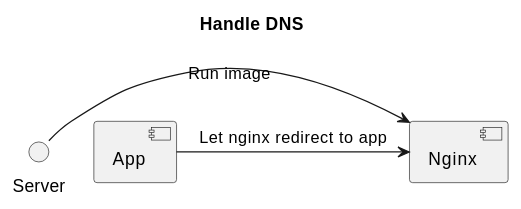
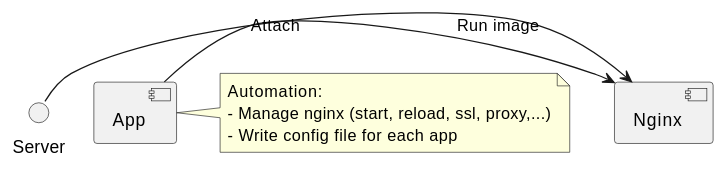
The fifth of 5 diagrams in README.md (midujs/demo-deploy-app), drawn with PlantUML before and after one commit. The commit also changed other lines of this file, not shown here.

Commit message:
Update uml

````diff
--- a/README.md
+++ b/README.md
@@ -79,8 +83,12 @@
 ```plantuml
 @startuml
-title Handle DNS
 Server -> [Nginx]: Run image
+[App] -> [Nginx]: Attach
 
-[App] -> [Nginx]: Let nginx redirect to app
+note right
+  Automation:
+  - Manage nginx (start, reload, ssl, proxy,...)
+  - Write config file for each app
+end note
 @enduml
 ```
````
